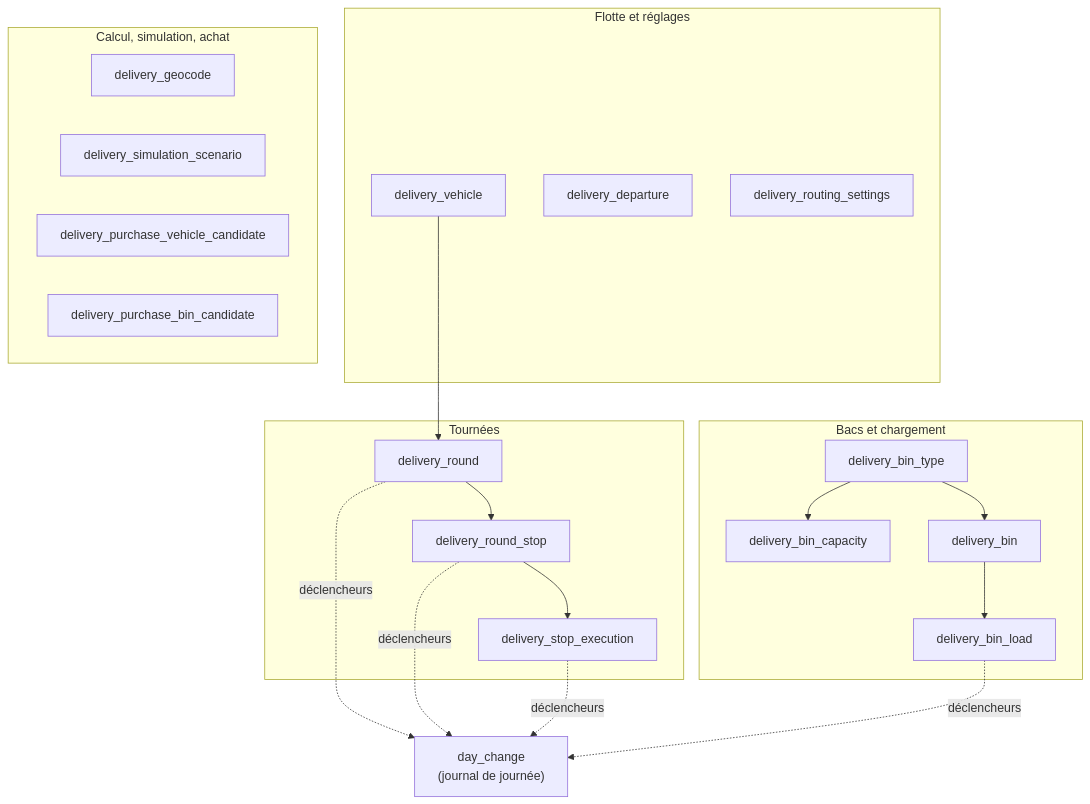
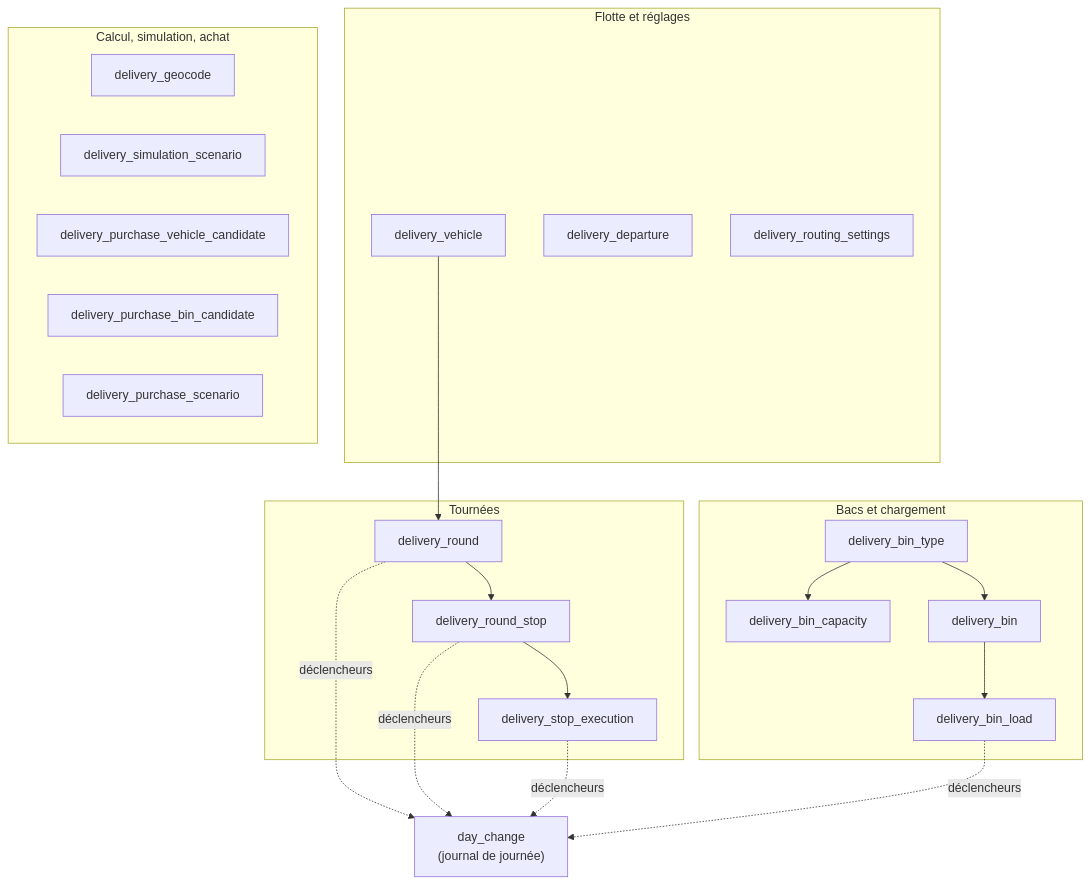
Before and after one commit to hugoheynard/lfd: the first of 2 diagrams in documentation/livraisons/architecture-isolation-livraison.md, drawn with Mermaid. The commit also changed other lines of this file and 2 other files, not shown here.

````diff
--- a/documentation/livraisons/architecture-isolation-livraison.md
+++ b/documentation/livraisons/architecture-isolation-livraison.md
@@ -43,34 +43,35 @@
 ```mermaid
 flowchart TB
   subgraph flotte["Flotte et réglages"]
     V["delivery_vehicle"]
     D["delivery_departure"]
     RS["delivery_routing_settings"]
   end
   subgraph tournees["Tournées"]
     R["delivery_round"]
     RST["delivery_round_stop"]
     SE["delivery_stop_execution"]
   end
   subgraph bacs["Bacs et chargement"]
     BT["delivery_bin_type"]
     BC["delivery_bin_capacity"]
     B["delivery_bin"]
     BL["delivery_bin_load"]
   end
   subgraph autres["Calcul, simulation, achat"]
     G["delivery_geocode"]
     SS["delivery_simulation_scenario"]
     PV["delivery_purchase_vehicle_candidate"]
     PB["delivery_purchase_bin_candidate"]
+    PS["delivery_purchase_scenario"]
   end
   J["day_change<br/>(journal de journée)"]
   V --> R
   R --> RST --> SE
   BT --> BC
   BT --> B --> BL
   R -. déclencheurs .-> J
   RST -. déclencheurs .-> J
   SE -. déclencheurs .-> J
   BL -. déclencheurs .-> J
 ```
````
